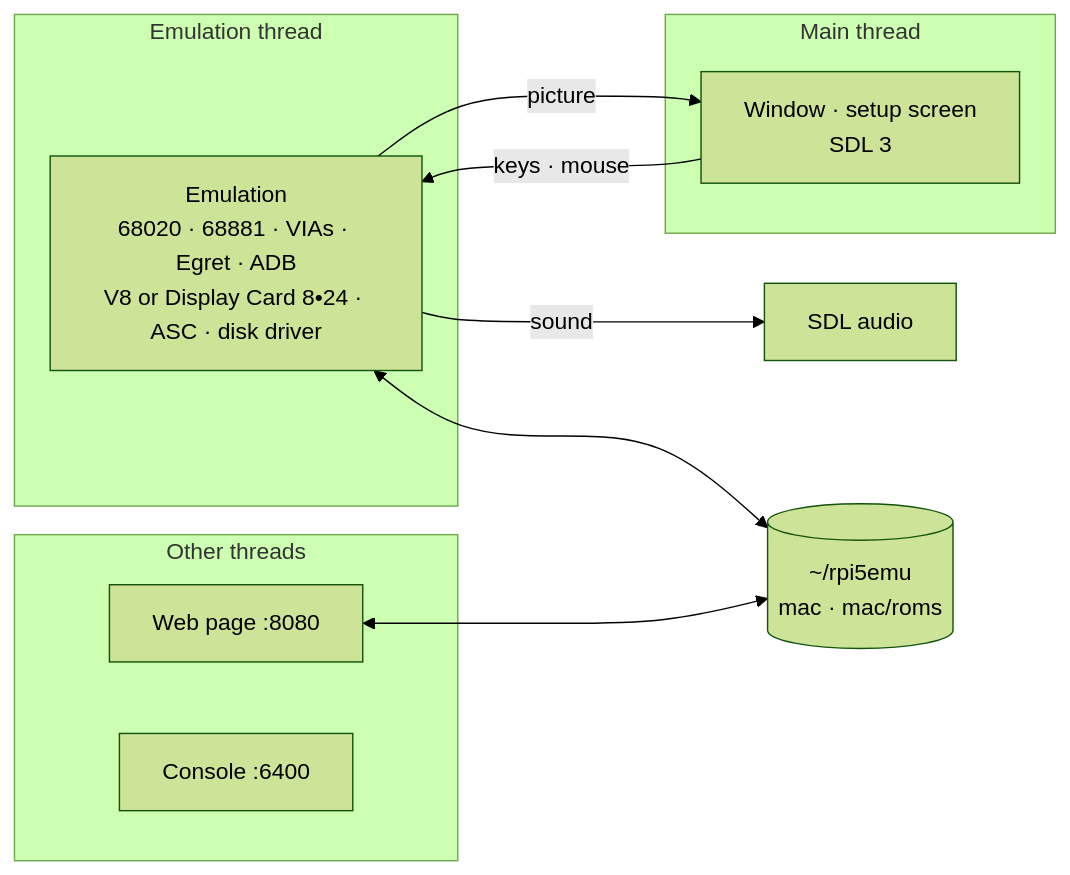
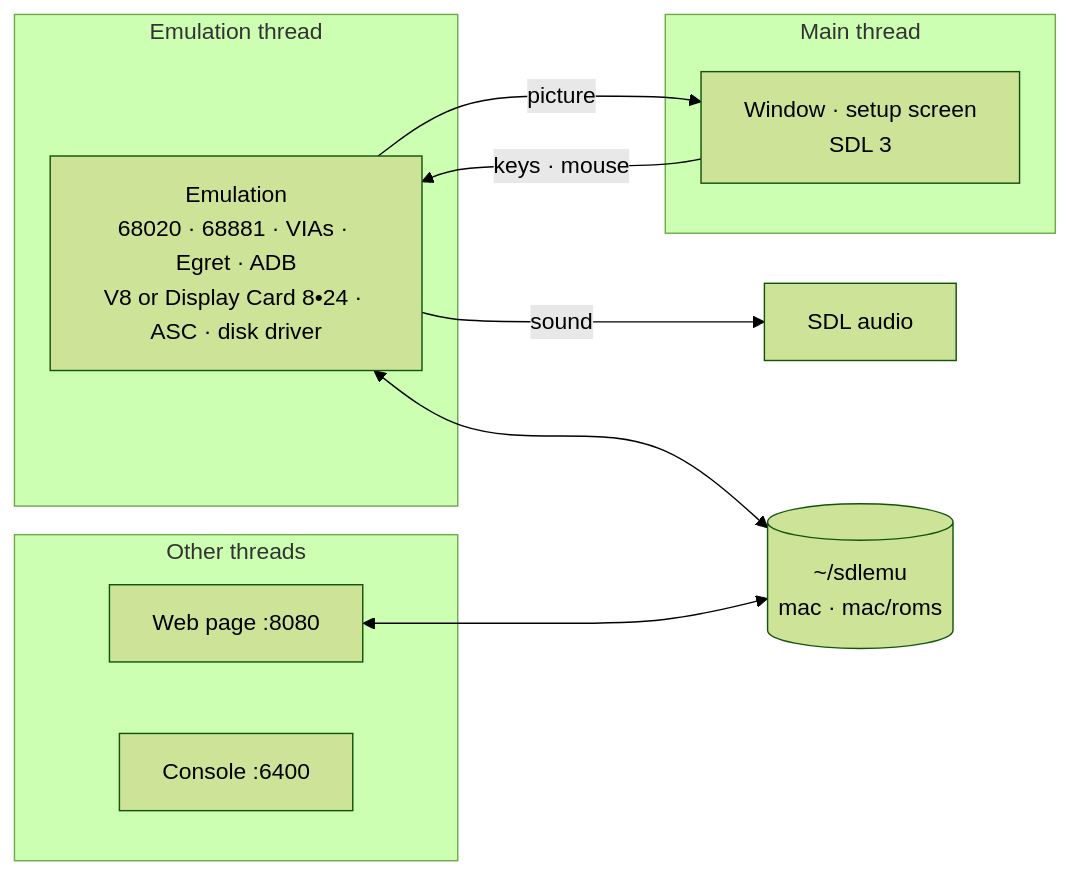
Before and after one commit to rlucencic/rpi5mac2: the diagram in README.md, drawn with Mermaid (forest theme). The commit also changed other lines of this file and 3 other files, not shown here.

````diff
--- a/README.md
+++ b/README.md
@@ -171,19 +168,19 @@
 ```mermaid
 flowchart LR
   subgraph emu [Emulation thread]
     EMU["Emulation<br>68020 · 68881 · VIAs · Egret · ADB<br>V8 or Display Card 8•24 · ASC · disk driver"]
   end
   subgraph main [Main thread]
     WIN["Window · setup screen<br>SDL 3"]
   end
   subgraph others [Other threads]
     WEB[Web page :8080]
     CON[Console :6400]
   end
   EMU -- picture --> WIN
   EMU -- sound --> SND[SDL audio]
   WIN -- keys · mouse --> EMU
-  DATA[("~/rpi5emu<br>mac · mac/roms")]
+  DATA[("~/sdlemu<br>mac · mac/roms")]
   EMU <--> DATA
   WEB <--> DATA
 ```
````
